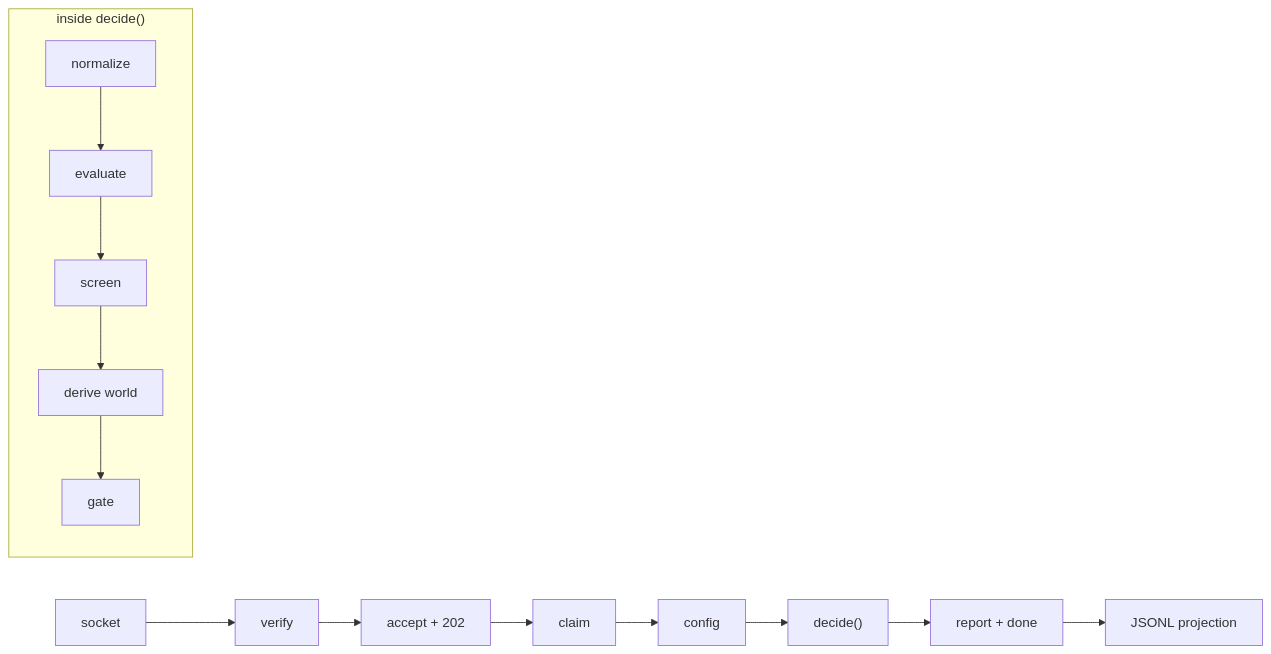
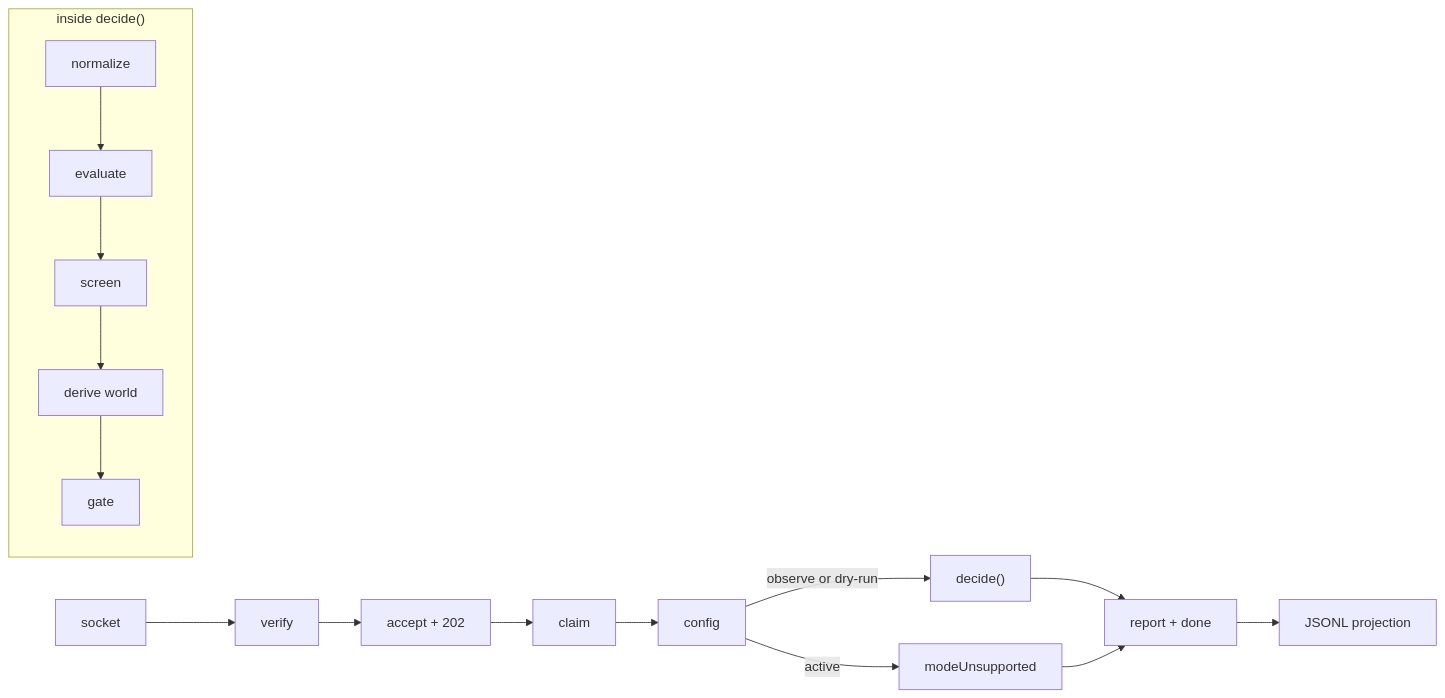
One commit to cheese-cakee/sdk-automations changed the diagram in design/trace.md. Above: the diagram before and after it, drawn with Mermaid. The commit also changed other lines of this file and 11 other files, not shown here.

Commit message:
fix: keep the runnable shell truthfully dry-run only (#105)

````diff
--- a/design/trace.md
+++ b/design/trace.md
@@ -13,8 +13,10 @@
 ```mermaid
 flowchart LR
     A[socket] --> B[verify] --> C[accept + 202]
-    C --> D[claim] --> E[config] --> F["decide()"] --> G["report + done"] --> H["JSONL projection"]
+    C --> D[claim] --> E[config]
+    E -->|observe or dry-run| F["decide()"] --> G["report + done"] --> H["JSONL projection"]
+    E -->|active| U["modeUnsupported"] --> G
     subgraph F2 ["inside decide()"]
         N[normalize] --> V[evaluate] --> S[screen] --> W[derive world] --> X[gate]
     end
 ```
````
